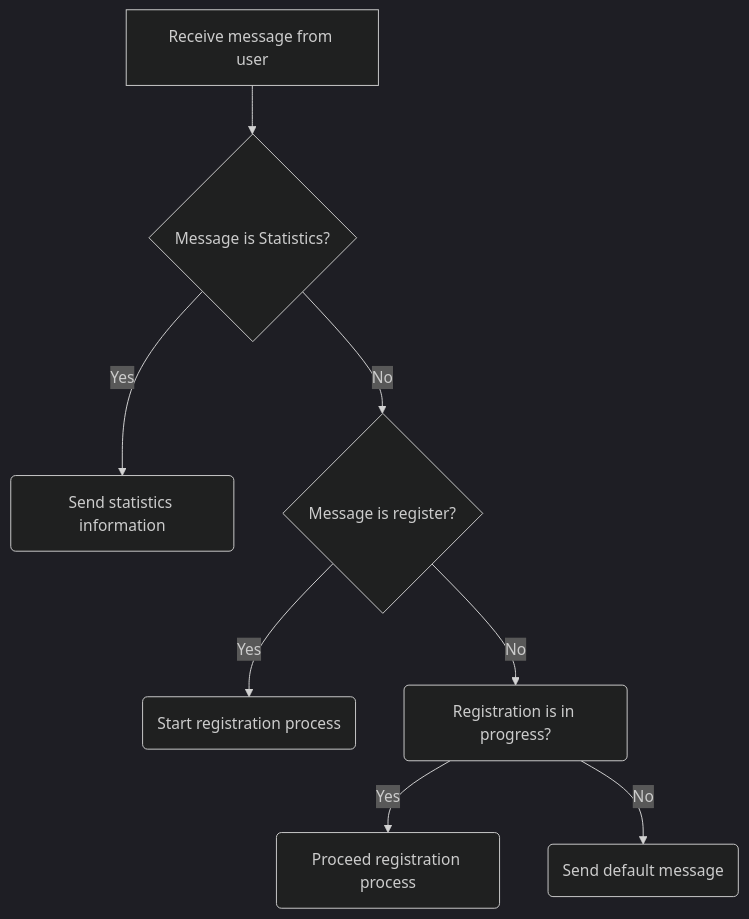
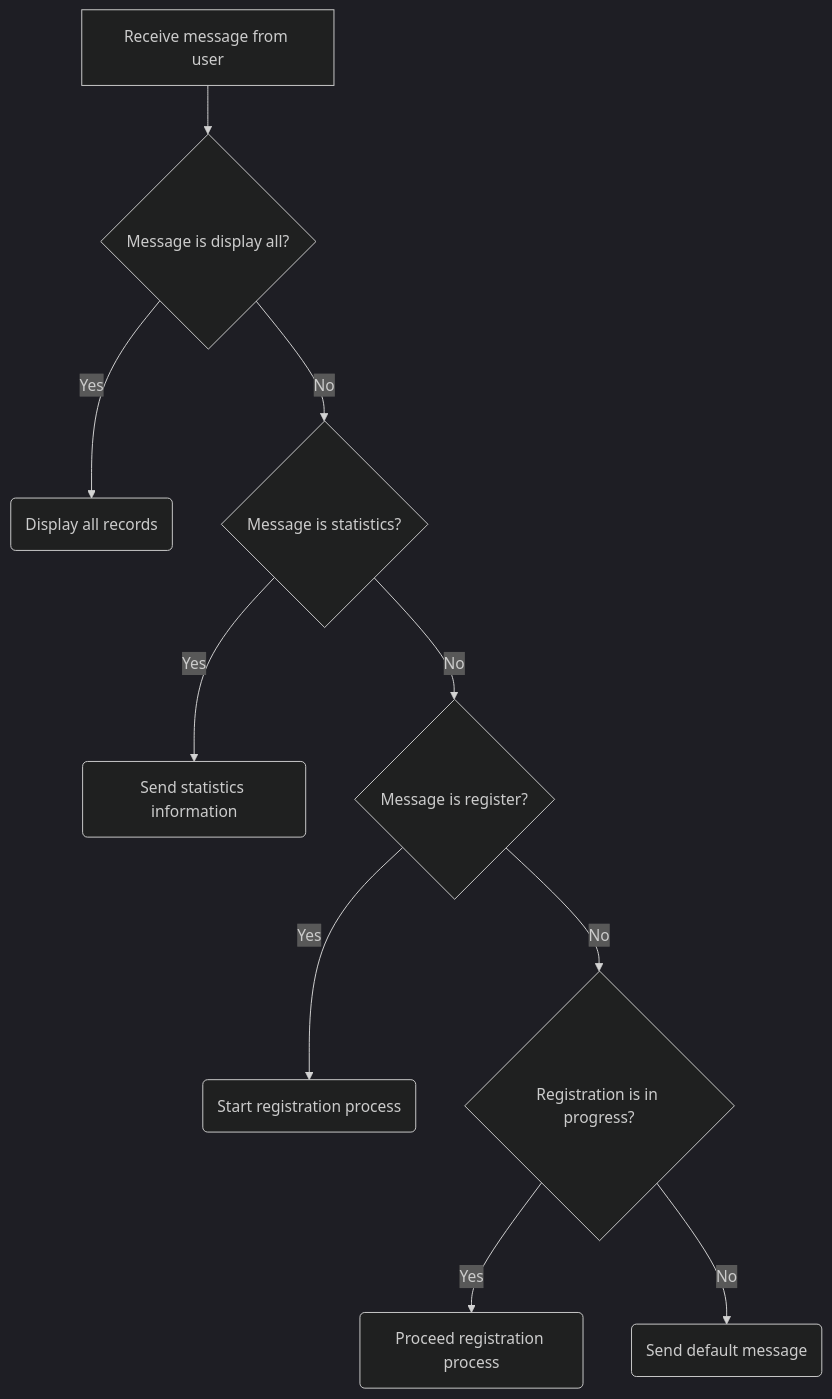
One commit to tsuna-can/blood-pressure-recorder-bot changed the second of 2 diagrams in README.md. Above: the diagram before and after it, drawn with Mermaid (dark theme). The commit also changed other lines of this file, not shown here.

````diff
--- a/README.md
+++ b/README.md
@@ -43,10 +43,12 @@
 ```mermaid
 flowchart TD;
-  A[Receive message from user] --> B{Message is Statistics?};
+  A[Receive message from user] --> J{Message is display all?};
+  J --> |Yes| K(Display all records);
+  J --> |No| B{Message is statistics?};
   B --> |Yes| C(Send statistics information);
   B --> |No| E{Message is register?};
-  E --> |Yes| F(Start registration process)
-  E --> |No| G(Registration is in progress?)
+  E --> |Yes| F(Start registration process);
+  E --> |No| G{Registration is in progress?};
   G --> |Yes| H(Proceed registration process);
   G --> |No| I(Send default message);
 ```
````
